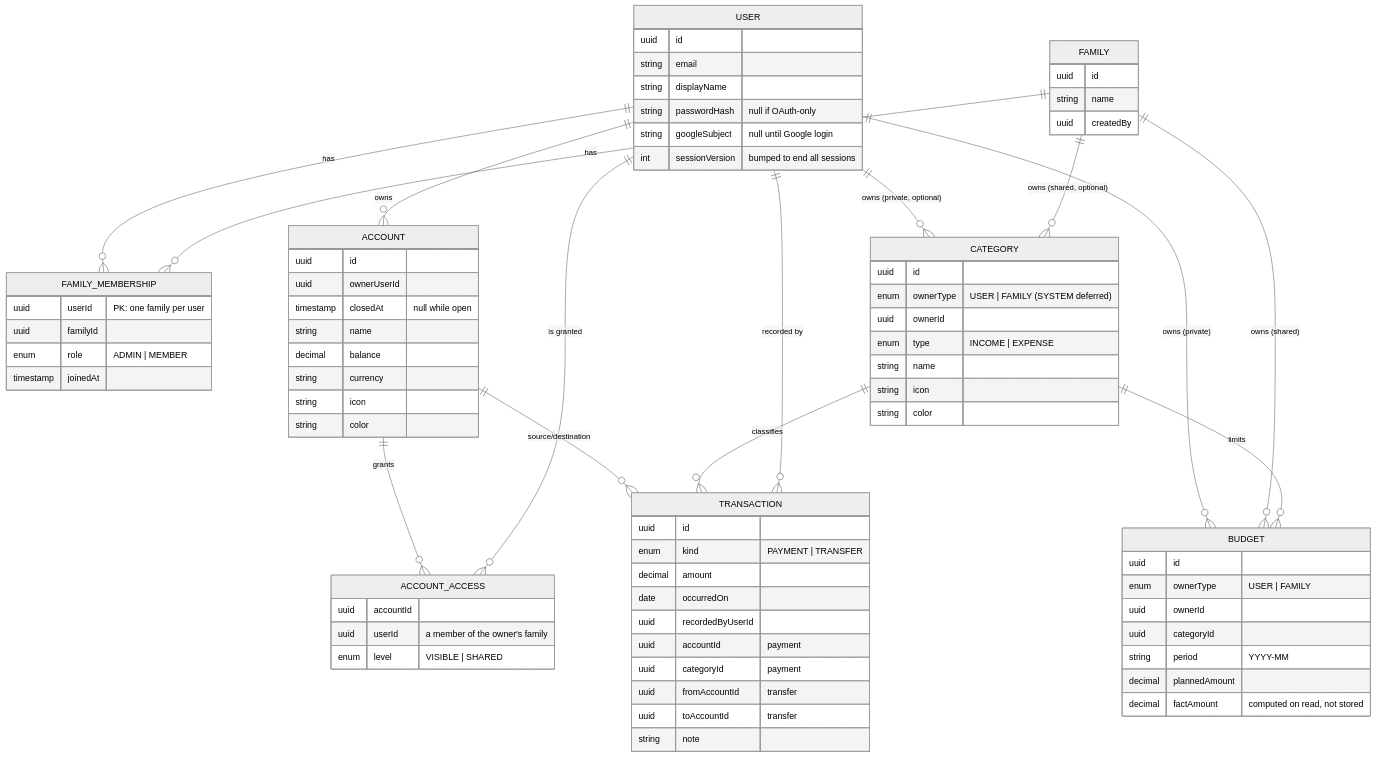
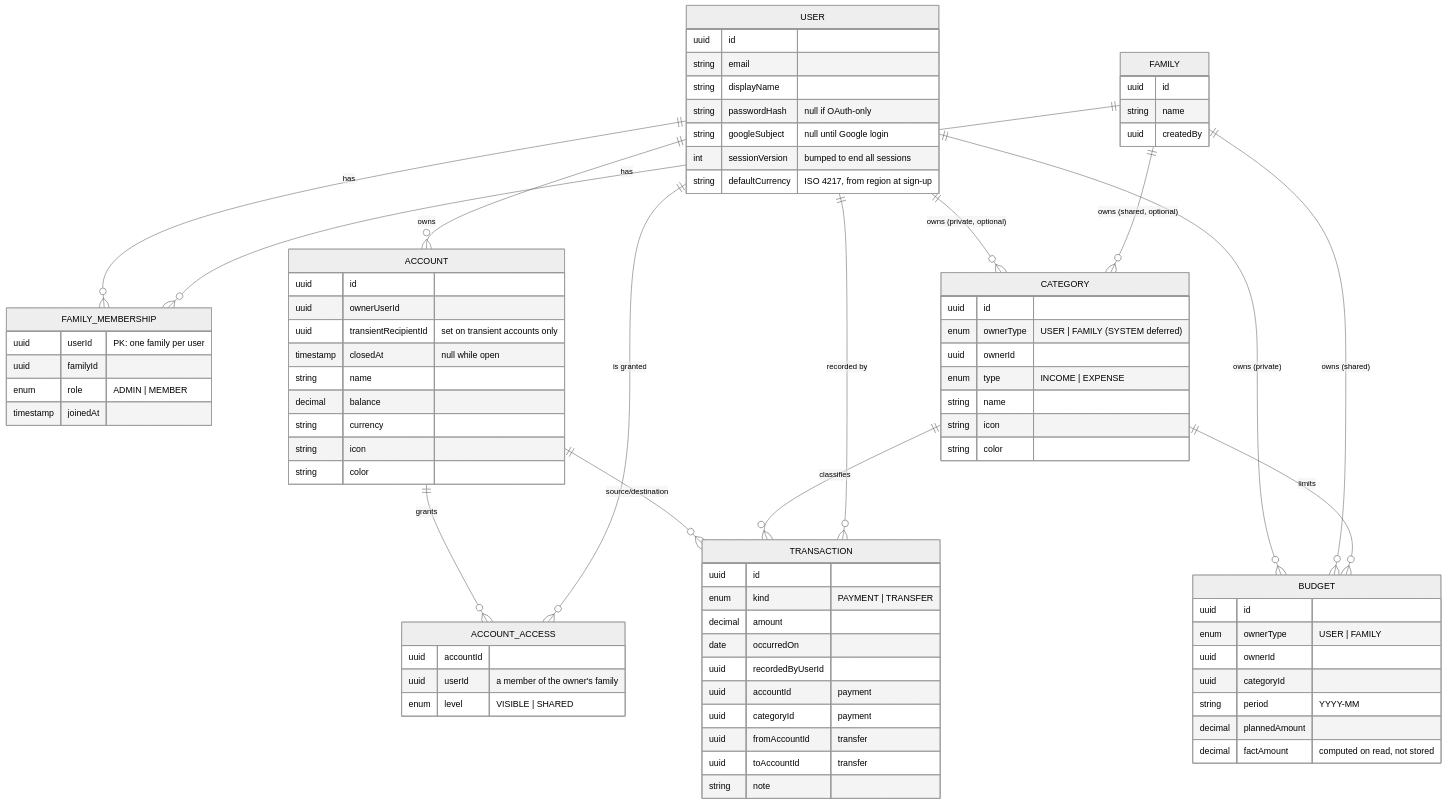
The second of 3 diagrams in docs/ARCHITECTURE.md (omarkelovUA/budget-backend), drawn with Mermaid (neutral theme) before and after one commit. The commit also changed other lines of this file and 17 other files, not shown here.

```diff
--- a/docs/ARCHITECTURE.md
+++ b/docs/ARCHITECTURE.md
@@ -79,6 +79,7 @@
         string passwordHash "null if OAuth-only"
         string googleSubject "null until Google login"
         int sessionVersion "bumped to end all sessions"
+        string defaultCurrency "ISO 4217, from region at sign-up"
     }
     FAMILY {
         uuid id
@@ -94,6 +95,7 @@
     ACCOUNT {
         uuid id
         uuid ownerUserId
+        uuid transientRecipientId "set on transient accounts only"
         timestamp closedAt "null while open"
         string name
         decimal balance
```
